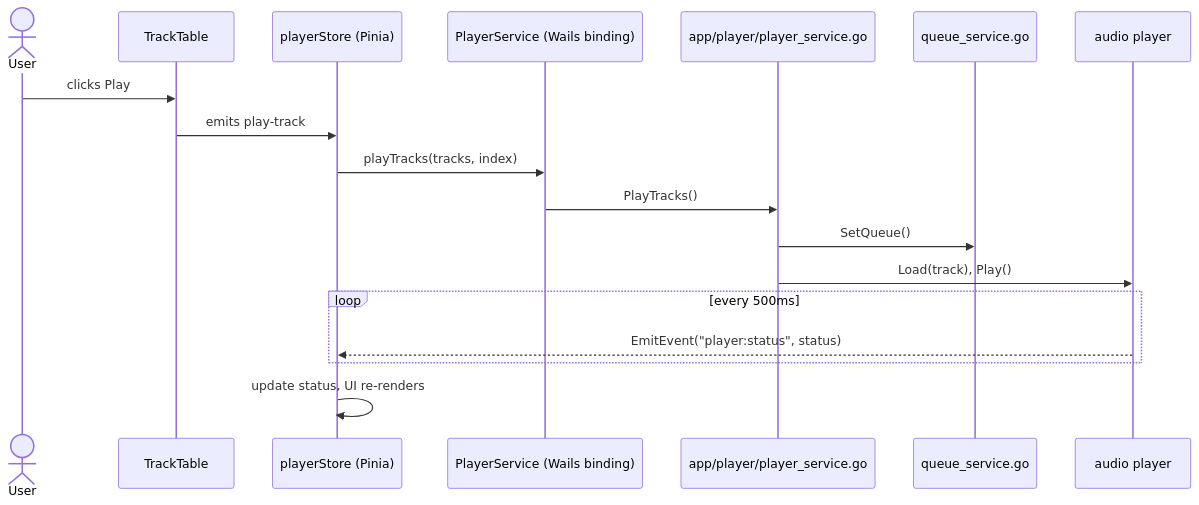
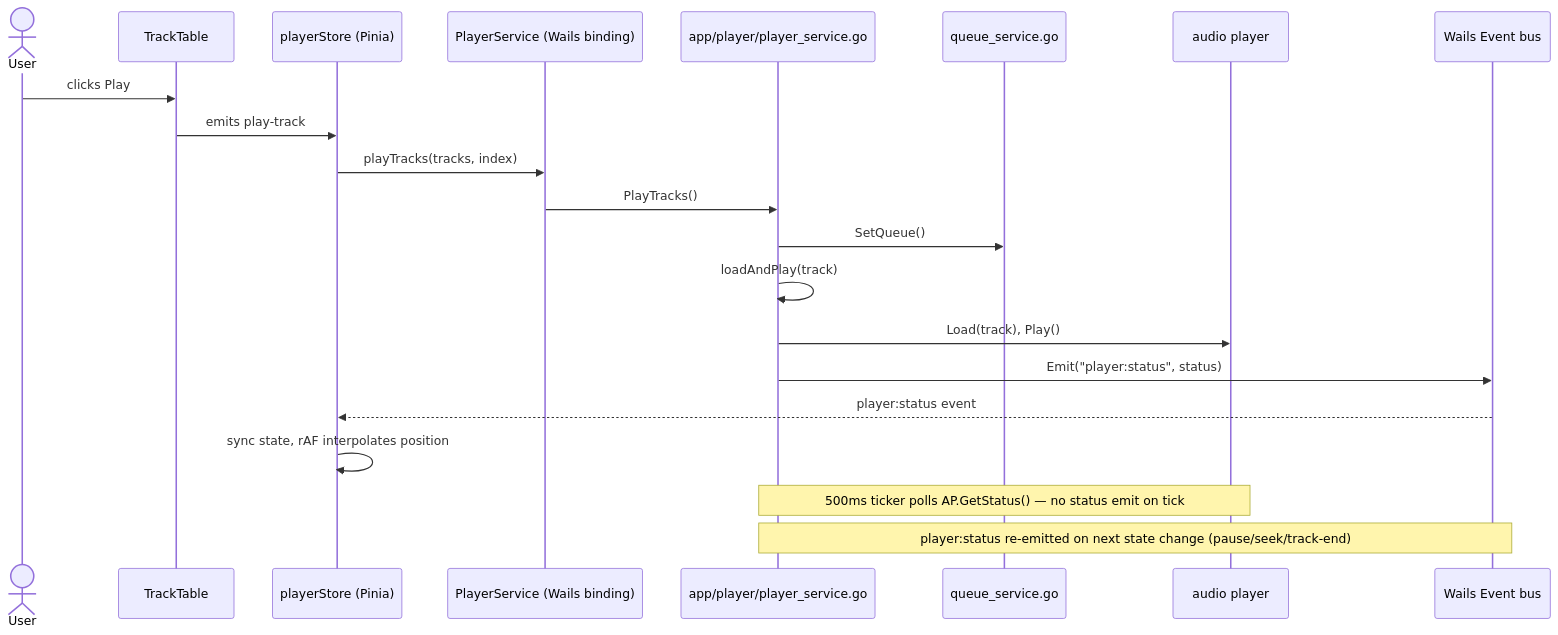
One commit to misa198/airmedy changed the second of 2 diagrams in catalog/architecture/README.md. Above: the diagram before and after it, drawn with Mermaid. The commit also changed other lines of this file and 9 other files, not shown here.

````diff
--- a/catalog/architecture/README.md
+++ b/catalog/architecture/README.md
@@ -142,21 +142,25 @@
 ```mermaid
 sequenceDiagram
     actor User
     participant TT as TrackTable
     participant PS as playerStore (Pinia)
     participant WB as PlayerService (Wails binding)
     participant App as app/player/player_service.go
     participant Q as queue_service.go
     participant AP as audio player
+    participant EV as Wails Event bus
 
     User->>TT: clicks Play
     TT->>PS: emits play-track
     PS->>WB: playTracks(tracks, index)
     WB->>App: PlayTracks()
     App->>Q: SetQueue()
+    App->>App: loadAndPlay(track)
     App->>AP: Load(track), Play()
-    loop every 500ms
-        AP-->>PS: EmitEvent("player:status", status)
-    end
-    PS->>PS: update status, UI re-renders
+    App->>EV: Emit("player:status", status)
+    EV-->>PS: player:status event
+    PS->>PS: sync state, rAF interpolates position
+
+    Note over App,AP: 500ms ticker polls AP.GetStatus() — no status emit on tick
+    Note over App,EV: player:status re-emitted on next state change (pause/seek/track-end)
 ```
````
